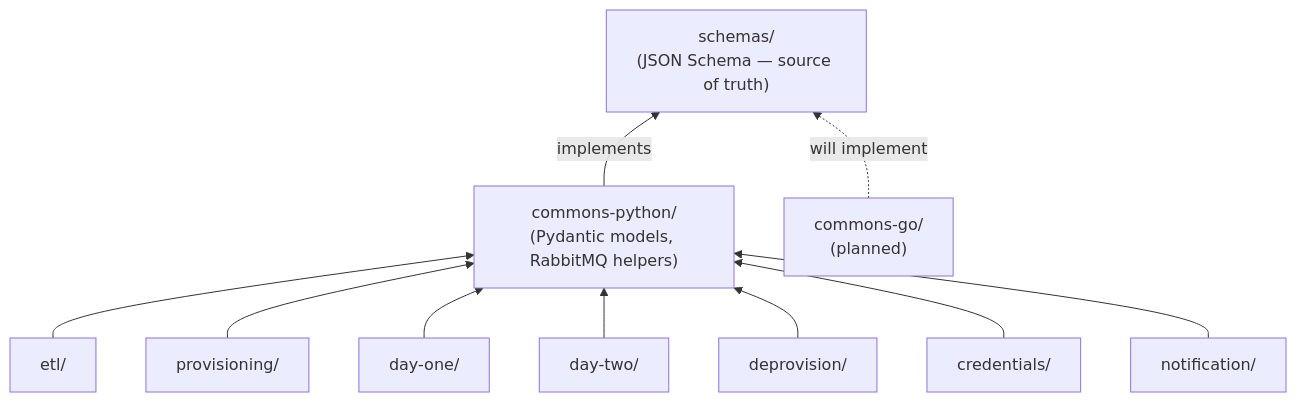
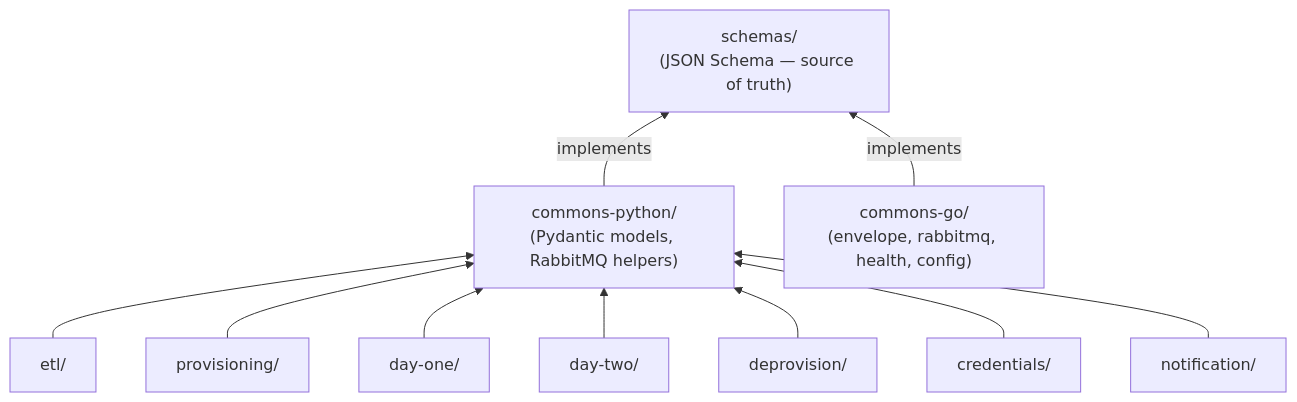
The second of 6 diagrams in docs/diagrams.md (redhat-openshift-partner-labs/workers), drawn with Mermaid before and after one commit. The commit also changed 2 other files, not shown here.

Commit message:
docs: update architecture and schema docs to reflect Go workers
- scribe now lives in this repo at scribe/ (not a separate repo)
- commons-go is fully implemented (envelope, rabbitmq, health, config)
- schema $id convention changed to file-relative paths with .v2 suffix for breaking revisions
- remove stale queue-schemas-v3.md reference

````diff
--- a/docs/diagrams.md
+++ b/docs/diagrams.md
@@ -60,26 +60,26 @@
 ```mermaid
 flowchart BT
     SCHEMAS["schemas/\n(JSON Schema — source of truth)"]
 
     CP["commons-python/\n(Pydantic models, RabbitMQ helpers)"]
-    CG["commons-go/\n(planned)"]
+    CG["commons-go/\n(envelope, rabbitmq, health, config)"]
 
     ETL[etl/]
     PROV[provisioning/]
     D1[day-one/]
     D2[day-two/]
     DEPROV[deprovision/]
     CRED[credentials/]
     NOTIF[notification/]
 
     CP -->|implements| SCHEMAS
-    CG -.->|will implement| SCHEMAS
+    CG -->|implements| SCHEMAS
 
     ETL --> CP
     PROV --> CP
     D1 --> CP
     D2 --> CP
     DEPROV --> CP
     CRED --> CP
     NOTIF --> CP
 ```
````
